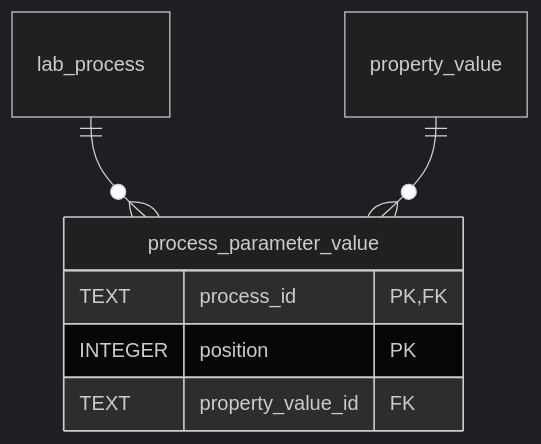
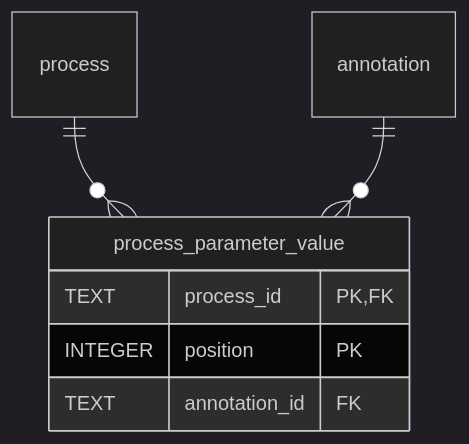
One commit to HLWeil/ProcessCore changed diagram 15 of 18 in schemas/sql/design.md. Above: the diagram before and after it, drawn with Mermaid (dark theme). The commit also changed other lines of this file and 134 other files, not shown here.

````diff
--- a/schemas/sql/design.md
+++ b/schemas/sql/design.md
@@ -466,10 +466,10 @@
 ```mermaid
 erDiagram
     process_parameter_value {
         TEXT process_id PK,FK
         INTEGER position PK
-        TEXT property_value_id FK
+        TEXT annotation_id FK
     }
-    lab_process ||--o{ process_parameter_value : ""
-    property_value ||--o{ process_parameter_value : ""
+    process ||--o{ process_parameter_value : ""
+    annotation ||--o{ process_parameter_value : ""
 ```
````
